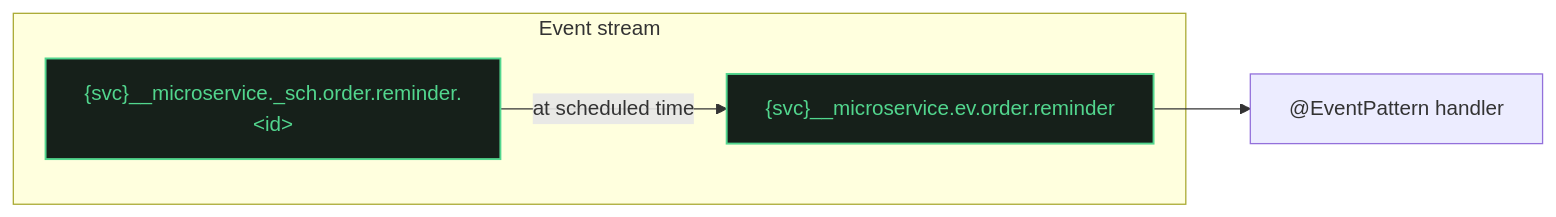
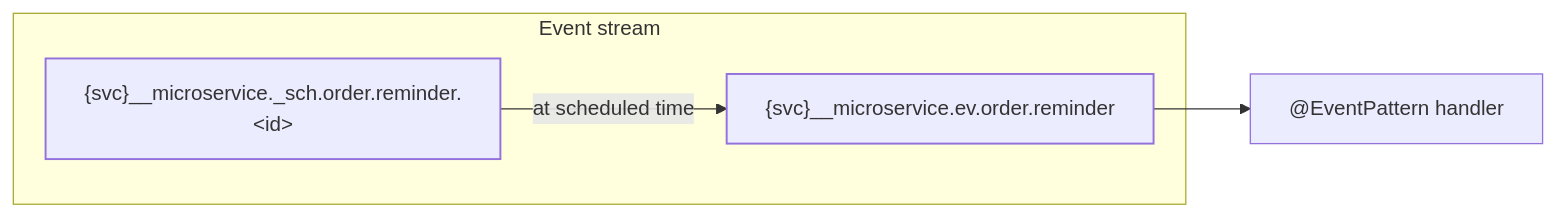
The diagram in website/docs/guides/scheduling.md (HorizonRepublic/nestjs-jetstream), drawn with Mermaid before and after one commit. The commit also changed other lines of this file and 62 other files, not shown here.

````diff
--- a/website/docs/guides/scheduling.md
+++ b/website/docs/guides/scheduling.md
@@ -77,13 +54,13 @@
 ```mermaid
 flowchart LR
     subgraph stream["Event stream"]
         sch["{svc}__microservice._sch.order.reminder.&lt;id&gt;"]
         ev["{svc}__microservice.ev.order.reminder"]
     end
 
     sch -- "at scheduled time" --> ev
     ev --> handler["@EventPattern handler"]
 
-    classDef lib fill:#16201a,stroke:#52d68e,stroke-width:1.5px,color:#52d68e;
+    classDef lib stroke-width:1.5px;
     class sch,ev lib;
 ```
````
